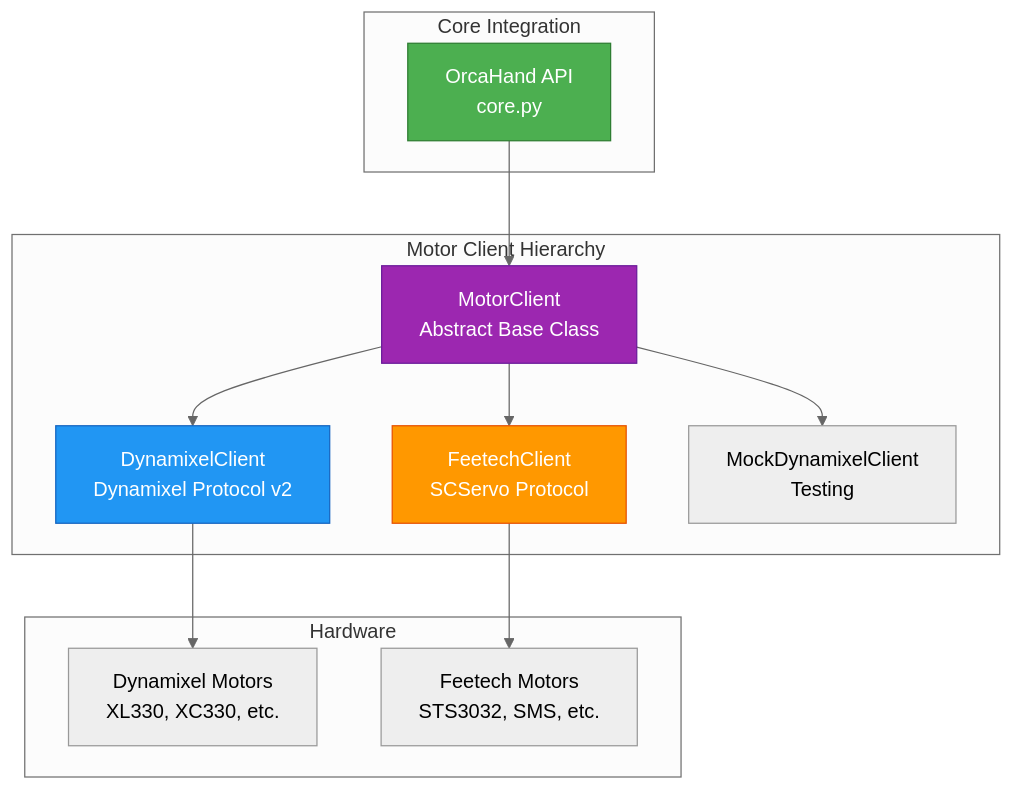
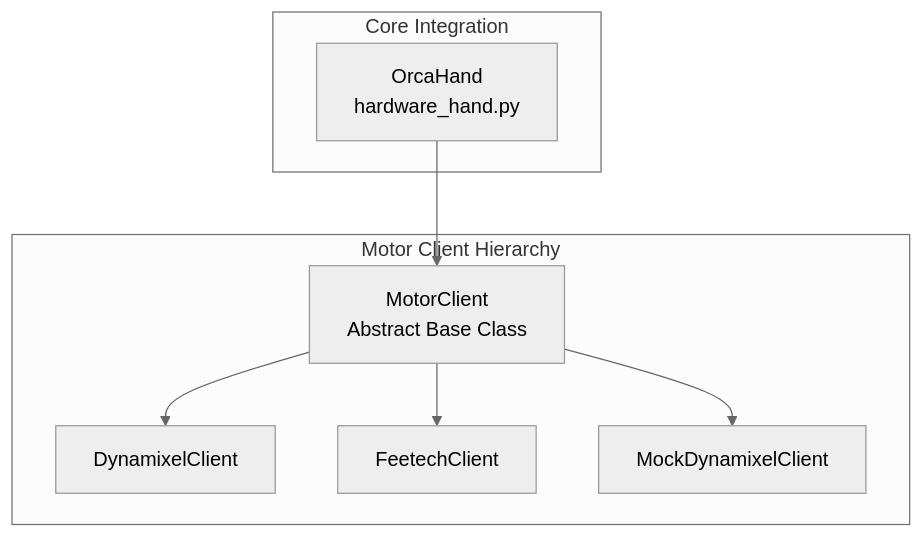
Before and after one commit to orcahand/orca_core: the diagram in docs/pages/orca-core-docs/motor-client-api.md, drawn with Mermaid (neutral theme). The commit also changed other lines of this file and 10 other files, not shown here.

````diff
--- a/docs/pages/orca-core-docs/motor-client-api.md
+++ b/docs/pages/orca-core-docs/motor-client-api.md
@@ -7,32 +7,18 @@
 ```mermaid
 graph TB
     subgraph "Motor Client Hierarchy"
         ABC[MotorClient<br/>Abstract Base Class]
-        DYN[DynamixelClient<br/>Dynamixel Protocol v2]
-        FEE[FeetechClient<br/>SCServo Protocol]
-        MOCK[MockDynamixelClient<br/>Testing]
+        DYN[DynamixelClient]
+        FEE[FeetechClient]
+        MOCK[MockDynamixelClient]
     end
 
     subgraph "Core Integration"
-        ORCA[OrcaHand API<br/>core.py]
-    end
-
-    subgraph "Hardware"
-        DYN_HW[Dynamixel Motors<br/>XL330, XC330, etc.]
-        FEE_HW[Feetech Motors<br/>STS3032, SMS, etc.]
+        ORCA[OrcaHand<br/>hardware_hand.py]
     end
 
     ABC --> DYN
     ABC --> FEE
     ABC --> MOCK
-
     ORCA --> ABC
-
-    DYN --> DYN_HW
-    FEE --> FEE_HW
-
-    style ABC fill:#9C27B0,stroke:#6A1B9A,color:#fff
-    style ORCA fill:#4CAF50,stroke:#2E7D32,color:#fff
-    style DYN fill:#2196F3,stroke:#1565C0,color:#fff
-    style FEE fill:#FF9800,stroke:#E65100,color:#fff
 ```
````
